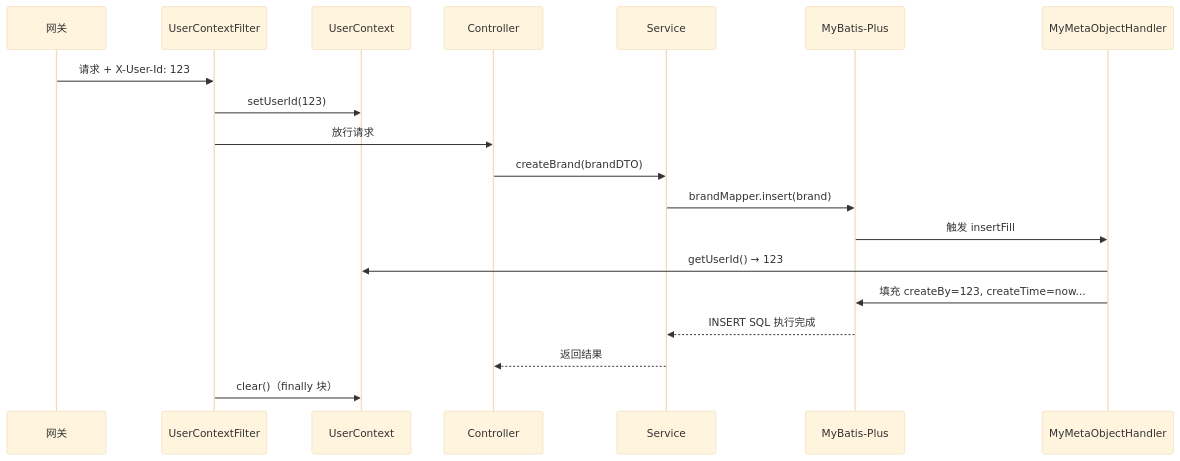
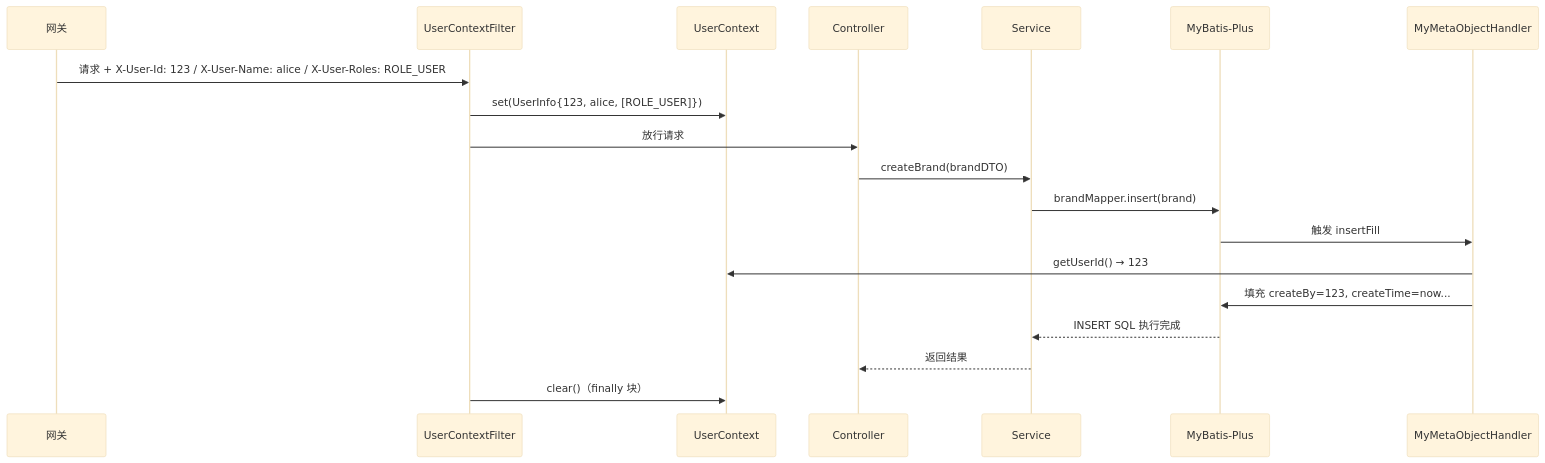
The diagram in docs/learn-docs/common/03-audit-context.md (QiHaoo/my-mall), drawn with Mermaid (base theme) before and after one commit. The commit also changed other lines of this file and 21 other files, not shown here.

````diff
--- a/docs/learn-docs/common/03-audit-context.md
+++ b/docs/learn-docs/common/03-audit-context.md
@@ -308,22 +320,22 @@
 ```mermaid
 sequenceDiagram
     participant GW as 网关
     participant F as UserContextFilter
     participant UC as UserContext
     participant C as Controller
     participant S as Service
     participant MP as MyBatis-Plus
     participant MMH as MyMetaObjectHandler
 
-    GW->>F: 请求 + X-User-Id: 123
-    F->>UC: setUserId(123)
+    GW->>F: 请求 + X-User-Id: 123 / X-User-Name: alice / X-User-Roles: ROLE_USER
+    F->>UC: set(UserInfo{123, alice, [ROLE_USER]})
     F->>C: 放行请求
     C->>S: createBrand(brandDTO)
     S->>MP: brandMapper.insert(brand)
     MP->>MMH: 触发 insertFill
     MMH->>UC: getUserId() → 123
     MMH->>MP: 填充 createBy=123, createTime=now...
     MP-->>S: INSERT SQL 执行完成
     S-->>C: 返回结果
     F->>UC: clear()（finally 块）
 ```
````
